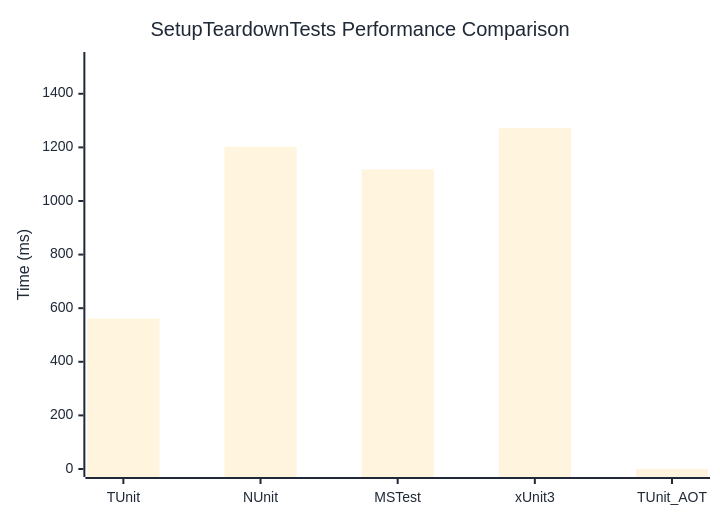
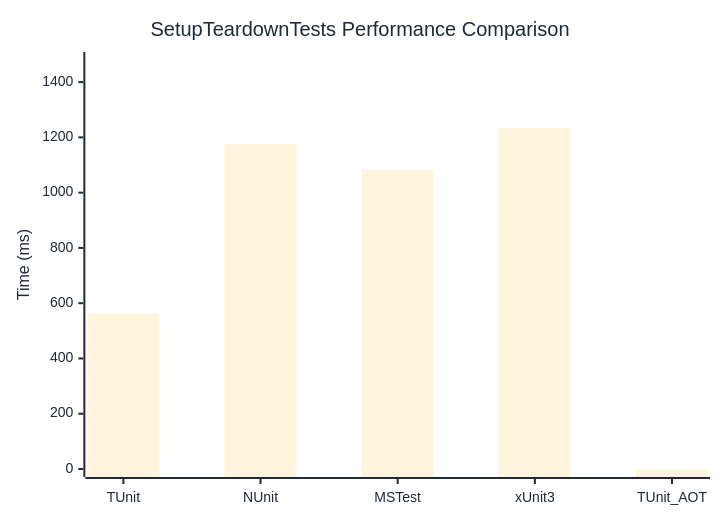
The diagram in docs/docs/benchmarks/SetupTeardownTests.md (thomhurst/TUnit), drawn with Mermaid before and after one commit. The commit also changed other lines of this file and 17 other files, not shown here.

````diff
--- a/docs/docs/benchmarks/SetupTeardownTests.md
+++ b/docs/docs/benchmarks/SetupTeardownTests.md
@@ -27,37 +27,37 @@
 ```mermaid
 %%{init: {
   'theme':'base',
   'themeVariables': {
     'primaryColor': '#2563eb',
     'primaryTextColor': '#1f2937',
     'primaryBorderColor': '#1e40af',
     'lineColor': '#6b7280',
     'secondaryColor': '#7c3aed',
     'tertiaryColor': '#dc2626',
     'background': '#ffffff',
     'mainBkg': '#2563eb',
     'secondBkg': '#7c3aed',
     'tertiaryBkg': '#dc2626',
     'clusterBkg': '#f3f4f6',
     'edgeLabelBackground': '#ffffff',
     'tertiaryTextColor': '#1f2937',
     'pie1': '#2563eb',
     'pie2': '#7c3aed',
     'pie3': '#dc2626',
     'pie4': '#f59e0b',
     'pie5': '#10b981',
     'pie6': '#06b6d4',
     'pie7': '#ec4899',
     'pie8': '#6366f1',
     'pie9': '#84cc16',
     'pie10': '#f97316',
     'pie11': '#14b8a6',
     'pie12': '#a855f7'
   }
 }}%%
 xychart-beta
   title "SetupTeardownTests Performance Comparison"
   x-axis ["TUnit", "NUnit", "MSTest", "xUnit3", "TUnit_AOT"]
-  y-axis "Time (ms)" 0 --> 1526
-  bar [561.4, 1202.3, 1117.6, 1271.6, 0]
+  y-axis "Time (ms)" 0 --> 1480
+  bar [562.8, 1175.7, 1082.5, 1232.7, 0]
 ```
````
